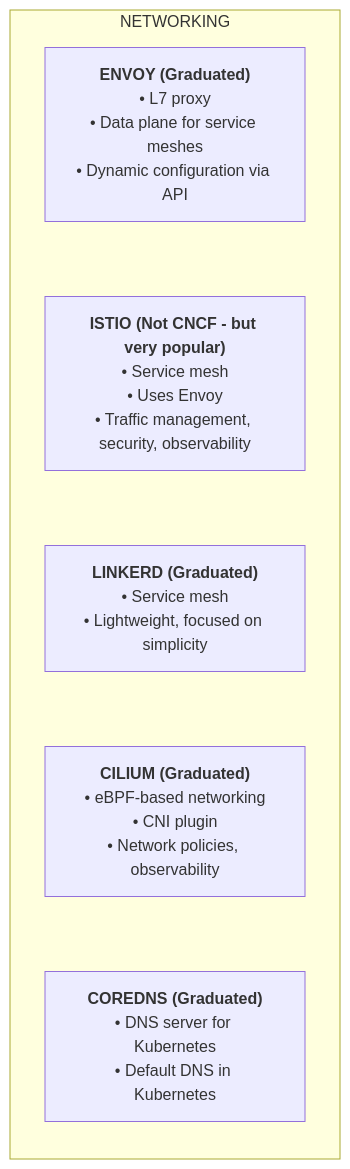
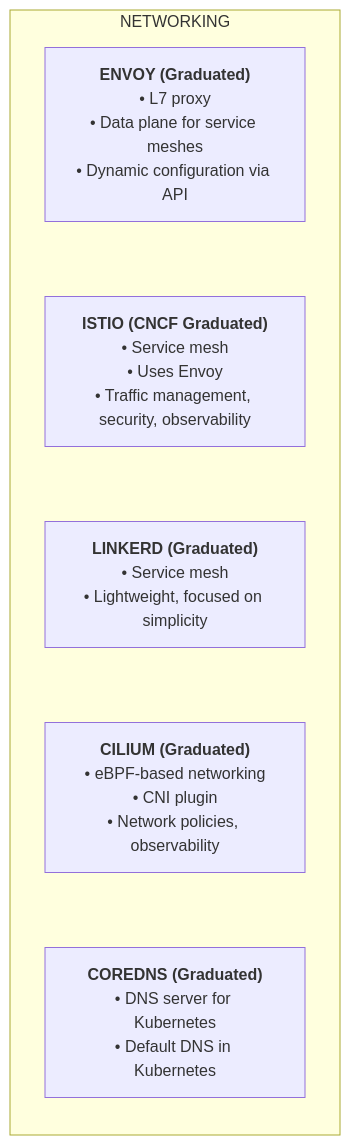
The sixth of 8 diagrams in src/content/docs/k8s/kcna/part3-cloud-native-architecture/module-3.2-cncf-ecosystem.md (kube-dojo/kube-dojo), drawn with Mermaid before and after one commit. The commit also changed other lines of this file and 7 other files, not shown here.

````diff
--- a/src/content/docs/k8s/kcna/part3-cloud-native-architecture/module-3.2-cncf-ecosystem.md
+++ b/src/content/docs/k8s/kcna/part3-cloud-native-architecture/module-3.2-cncf-ecosystem.md
@@ -221,13 +221,13 @@
 ```mermaid
 flowchart TB
     subgraph Networking [NETWORKING]
         direction TB
         Env["<b>ENVOY (Graduated)</b><br>• L7 proxy<br>• Data plane for service meshes<br>• Dynamic configuration via API"]
-        Istio["<b>ISTIO (Not CNCF - but very popular)</b><br>• Service mesh<br>• Uses Envoy<br>• Traffic management, security, observability"]
+        Istio["<b>ISTIO (CNCF Graduated)</b><br>• Service mesh<br>• Uses Envoy<br>• Traffic management, security, observability"]
         Link["<b>LINKERD (Graduated)</b><br>• Service mesh<br>• Lightweight, focused on simplicity"]
         Cil["<b>CILIUM (Graduated)</b><br>• eBPF-based networking<br>• CNI plugin<br>• Network policies, observability"]
         Core["<b>COREDNS (Graduated)</b><br>• DNS server for Kubernetes<br>• Default DNS in Kubernetes"]
         
         Env ~~~ Istio ~~~ Link ~~~ Cil ~~~ Core
     end
 ```
````
